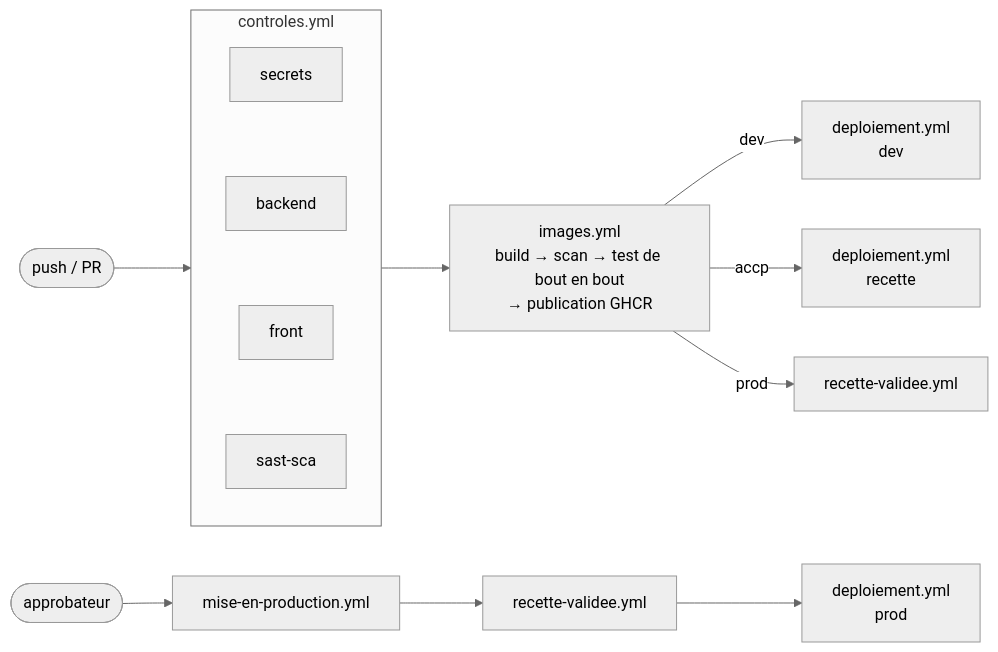
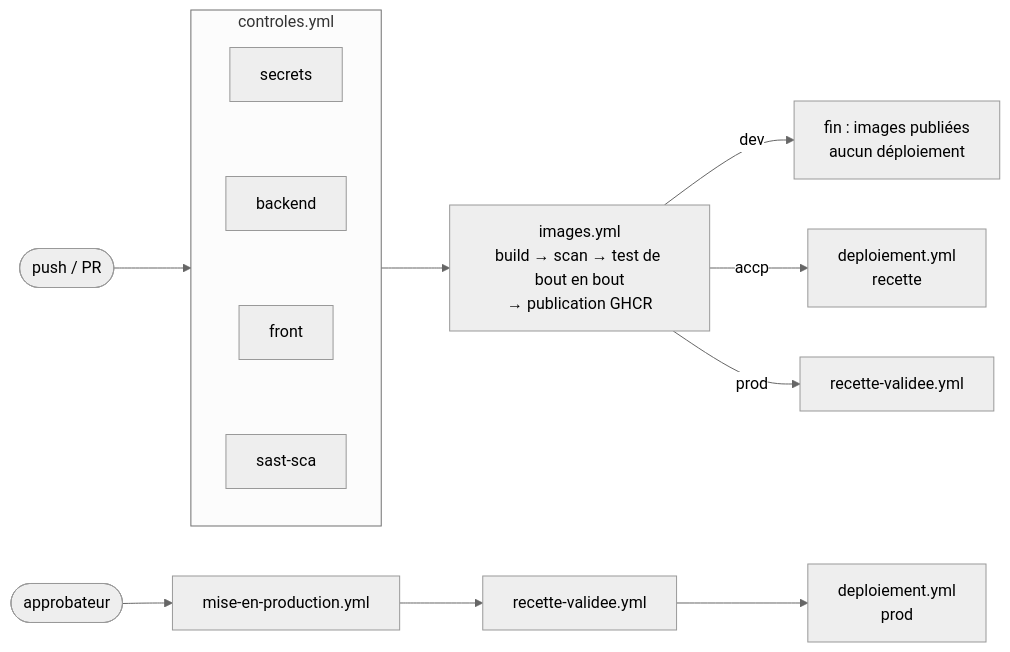
One commit to ALD3X/CESI_B3_Collab changed the diagram in docs/cicd/demo-github-actions.md. Above: the diagram before and after it, drawn with Mermaid (neutral theme). The commit also changed other lines of this file and 3 other files, not shown here.

Commit message:
docs: dev en intégration continue, déploiement continu à partir de la recette

````diff
--- a/docs/cicd/demo-github-actions.md
+++ b/docs/cicd/demo-github-actions.md
@@ -37,12 +37,12 @@
 ```mermaid
 flowchart LR
     P(["push / PR"]) --> C
     subgraph C["controles.yml"]
       S["secrets"] ~~~ B["backend"] ~~~ F["front"] ~~~ A["sast-sca"]
     end
     C --> I["images.yml<br/>build → scan → test de bout en bout<br/>→ publication GHCR"]
-    I -- "dev" --> D["deploiement.yml<br/>dev"]
+    I -- "dev" --> D["fin : images publiées<br/>aucun déploiement"]
     I -- "accp" --> R["deploiement.yml<br/>recette"]
     I -- "prod" --> V["recette-validee.yml"]
     M(["approbateur"]) --> MP["mise-en-production.yml"] --> V2["recette-validee.yml"] --> DP["deploiement.yml<br/>prod"]
 ```
````
